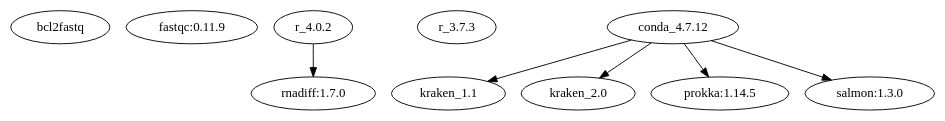
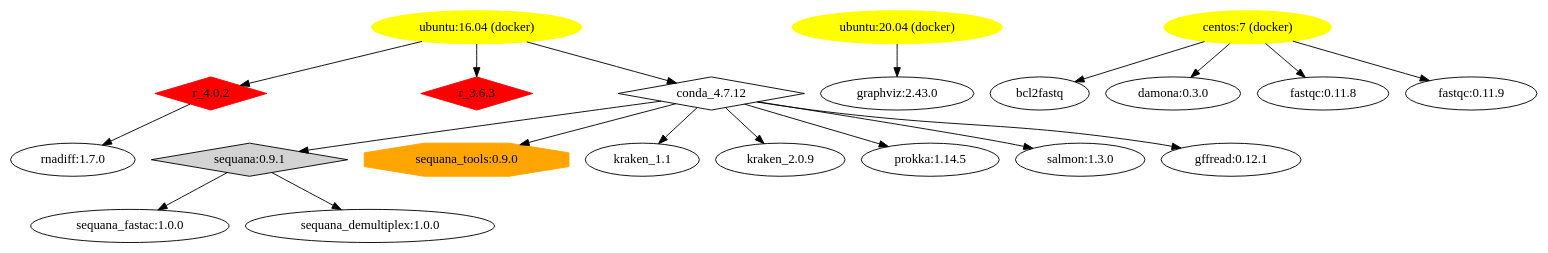
Before and after one commit to cokelaer/damona: the diagram in doc/graph.rst, drawn with Graphviz. The commit also changed other lines of this file and 26 other files, not shown here.

```diff
--- a/doc/graph.rst
+++ b/doc/graph.rst
@@ -11,13 +20,30 @@
 .. graphviz::
 
     digraph foo {
-        bcl2fastq;
-        "fastqc:0.11.9";
-        "r_4.0.2" ;
-        "r_3.7.3" ;
-        "r_4.0.2" -> "rnadiff:1.7.0";
+        "r_4.0.2" [style=filled color=red shape="diamond"];
+        "r_3.6.3" [style=filled color=red shape="diamond"];
+        "ubuntu:16.04 (docker)" [style=filled color=yellow];
+        "ubuntu:20.04 (docker)" [style=filled color=yellow];
+        "sequana:0.9.1" [style=filled shape=diamond];
+        "conda_4.7.12" [ shape=diamond];
+        "sequana_tools:0.9.0" [style="filled" color="orange" shape=octagon];
+        "centos:7 (docker)" [style=filled color=yellow];
+        "ubuntu:16.04 (docker)" -> "conda_4.7.12";
+        "ubuntu:16.04 (docker)" -> "r_3.6.3";
+        "ubuntu:16.04 (docker)" -> "r_4.0.2";
+        "ubuntu:20.04 (docker)" -> "graphviz:2.43.0";
         "conda_4.7.12" -> "kraken_1.1";
-        "conda_4.7.12" -> "kraken_2.0";
+        "conda_4.7.12" -> "sequana_tools:0.9.0";
+        "conda_4.7.12" -> "kraken_2.0.9";
         "conda_4.7.12" -> "prokka:1.14.5";
         "conda_4.7.12" -> "salmon:1.3.0";
+        "conda_4.7.12" -> "gffread:0.12.1";
+        "conda_4.7.12" -> "sequana:0.9.1";
+        "sequana:0.9.1" -> "sequana_fastac:1.0.0";
+        "sequana:0.9.1" -> "sequana_demultiplex:1.0.0";
+        "r_4.0.2" -> "rnadiff:1.7.0";
+        "centos:7 (docker)" -> bcl2fastq;
+        "centos:7 (docker)" -> "damona:0.3.0";
+        "centos:7 (docker)" -> "fastqc:0.11.8";
+        "centos:7 (docker)" -> "fastqc:0.11.9";
     }
```
